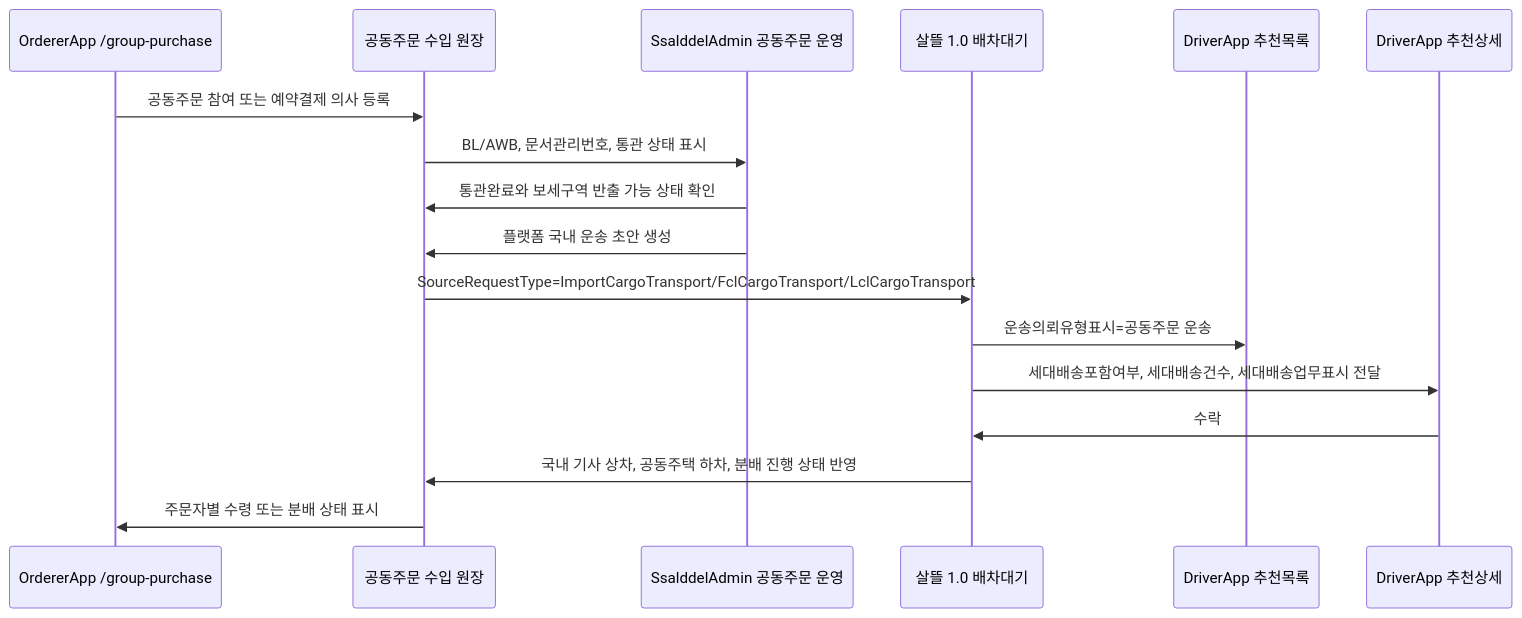
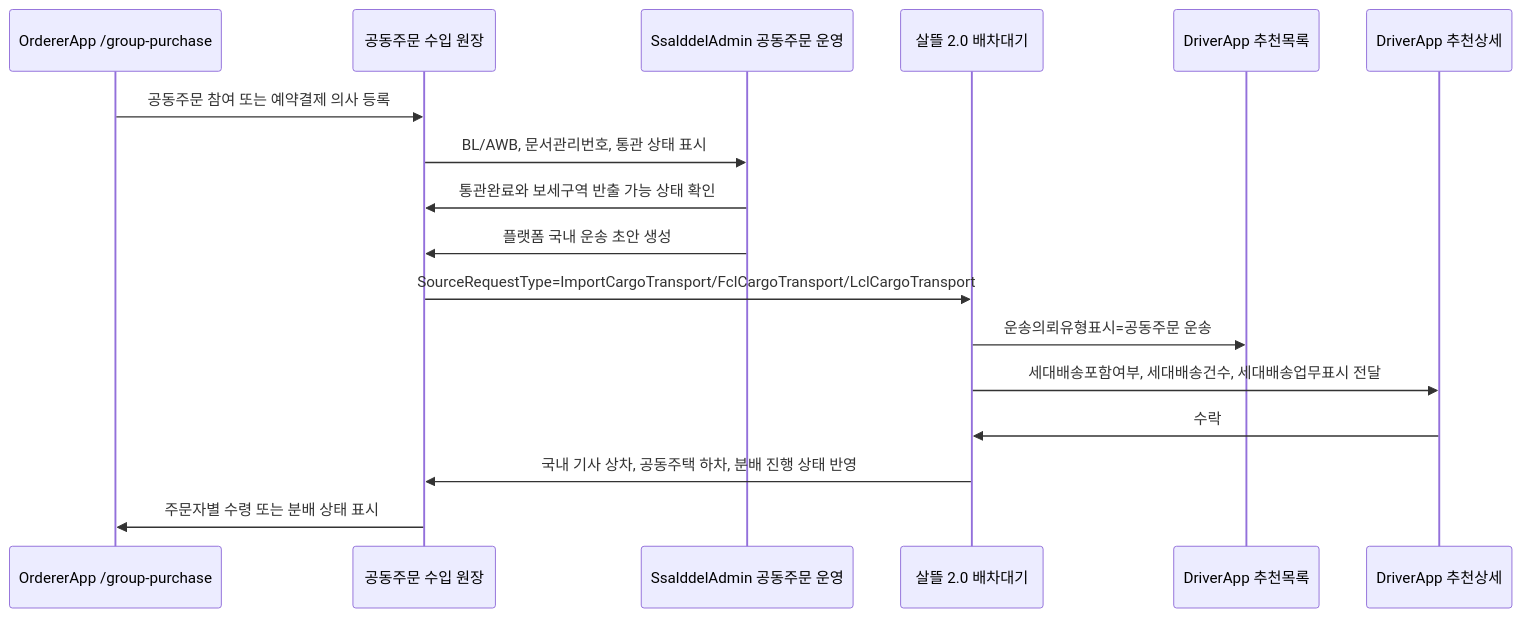
The fifth of 9 diagrams in docs/ProjectOverview/workflow-app-screen-map.md (cheolwo/hongdal), drawn with Mermaid before and after one commit. The commit also changed other lines of this file and 114 other files, not shown here.

````diff
--- a/docs/ProjectOverview/workflow-app-screen-map.md
+++ b/docs/ProjectOverview/workflow-app-screen-map.md
@@ -162,20 +162,20 @@
 ```mermaid
 sequenceDiagram
     participant Orderer as OrdererApp /group-purchase
     participant ImportLedger as 공동주문 수입 원장
     participant Admin as SsalddelAdmin 공동주문 운영
-    participant Dispatch as 살뜰 1.0 배차대기
+    participant Dispatch as 살뜰 2.0 배차대기
     participant DriverList as DriverApp 추천목록
     participant DriverDetail as DriverApp 추천상세
 
     Orderer->>ImportLedger: 공동주문 참여 또는 예약결제 의사 등록
     ImportLedger->>Admin: BL/AWB, 문서관리번호, 통관 상태 표시
     Admin->>ImportLedger: 통관완료와 보세구역 반출 가능 상태 확인
     Admin->>ImportLedger: 플랫폼 국내 운송 초안 생성
     ImportLedger->>Dispatch: SourceRequestType=ImportCargoTransport/FclCargoTransport/LclCargoTransport
     Dispatch->>DriverList: 운송의뢰유형표시=공동주문 운송
     Dispatch->>DriverDetail: 세대배송포함여부, 세대배송건수, 세대배송업무표시 전달
     DriverDetail->>Dispatch: 수락
     Dispatch->>ImportLedger: 국내 기사 상차, 공동주택 하차, 분배 진행 상태 반영
     ImportLedger->>Orderer: 주문자별 수령 또는 분배 상태 표시
 ```
````
